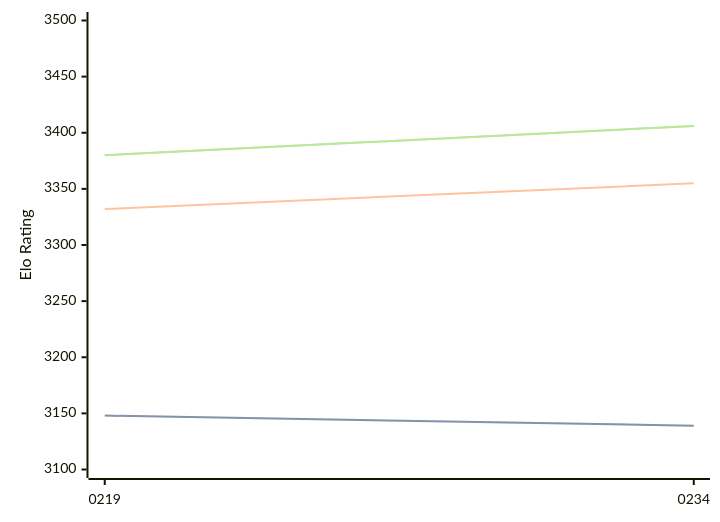
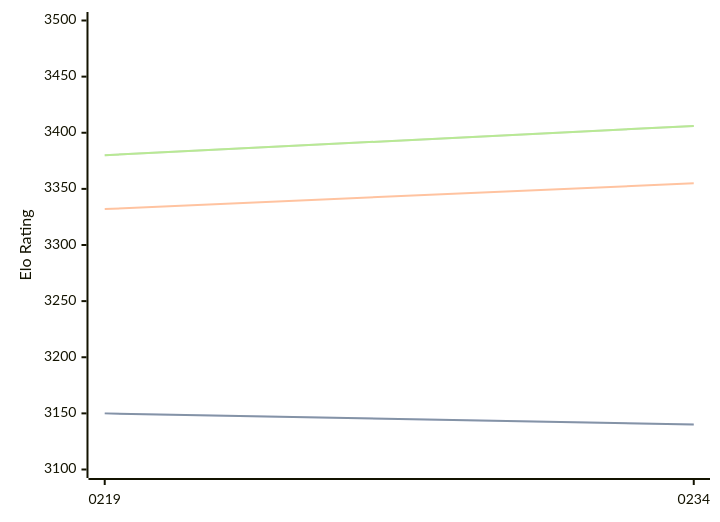
Before and after one commit to computer-chess-index/cci: the diagram in engines/Ynode.md, drawn with Mermaid. The commit also changed other lines of this file, not shown here.

````diff
--- a/engines/Ynode.md
+++ b/engines/Ynode.md
@@ -32,11 +32,11 @@
 ```mermaid
 %%{init: {"theme":"base","themeVariables":{"seriesColors:['#a3a3a3','#222221','#faa371']}}}%%
 xychart-beta
   x-axis ["0219", "0234"]
   y-axis "Elo Rating" 3100 --> 3500
-  line "" [3148, 3139]
-  line "STC (8.0+0.08s)" [3148, 3139]
+  line "" [3150, 3140]
+  line "STC (8.0+0.08s)" [3150, 3140]
   line "LTC (60.0+0.60s)" [3332, 3355]
   line "" [3380, 3406]
   line "VLTC (2m24s+1.12s)" [3380, 3406]
 ```
````
